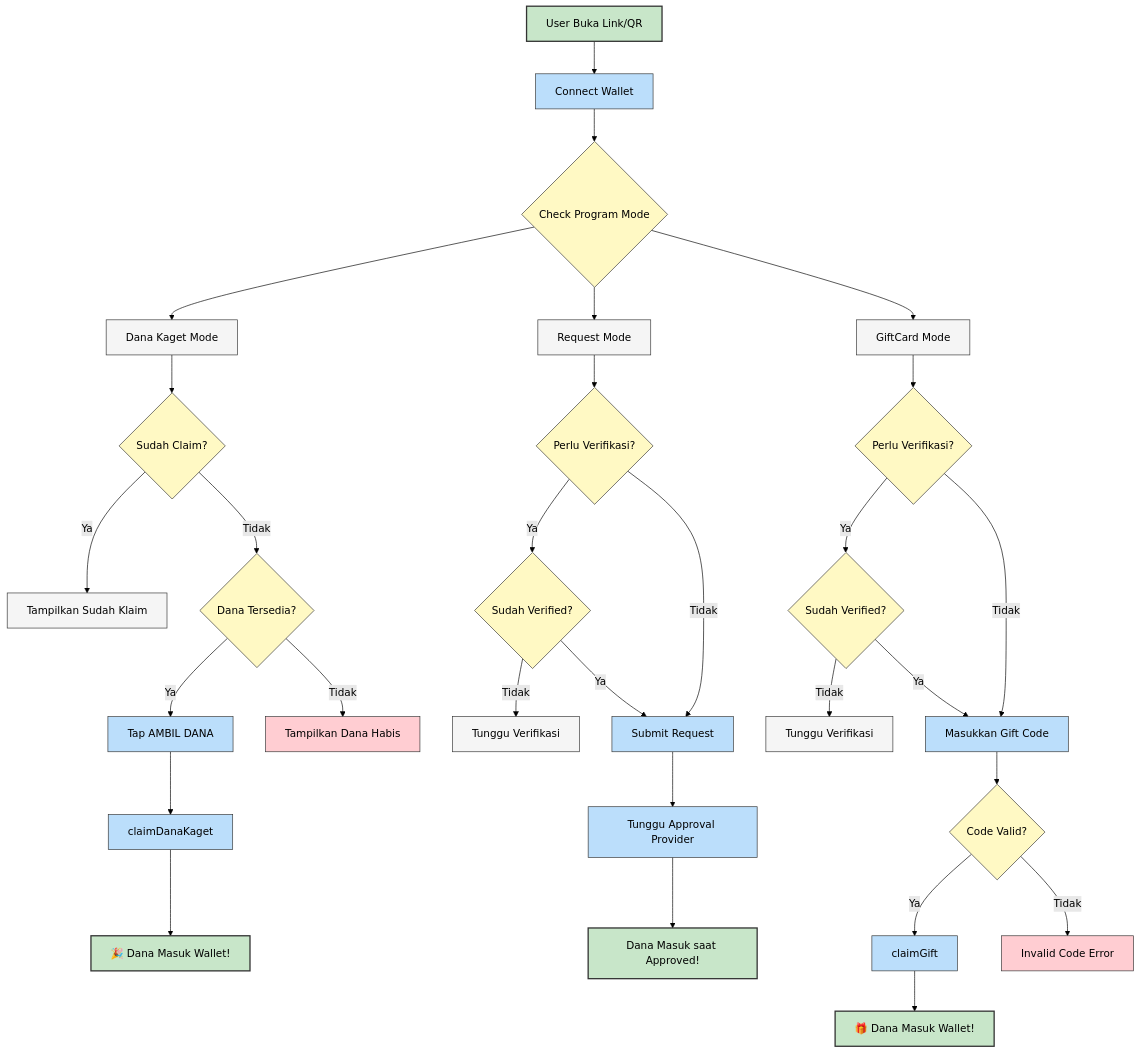
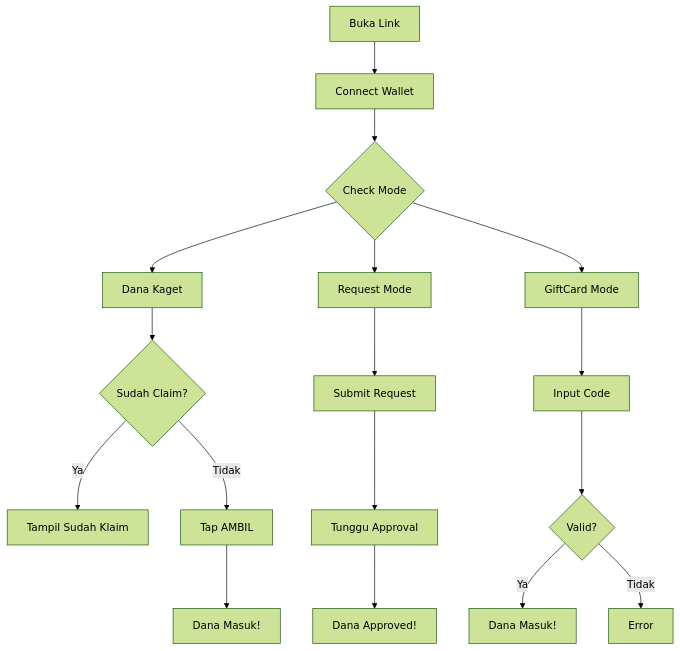
The fifth of 9 diagrams in WALKTHROUGH.md (raflimulyarahman/PocketGrant), drawn with Mermaid (forest theme) before and after one commit. The commit also changed other lines of this file, not shown here.

Commit message:
docs: Simplify mermaid diagrams and entity details in the walkthrough.

````diff
--- a/WALKTHROUGH.md
+++ b/WALKTHROUGH.md
@@ -205,40 +135,19 @@
 ```mermaid
 flowchart TD
-    classDef positive stroke:#333,stroke-width:2px,fill:#c8e6c9,color:#000
-    classDef actionNode stroke:#333,stroke-width:1px,fill:#bbdefb,color:#000
-    classDef decision stroke:#333,stroke-width:1px,fill:#fff9c4,color:#000
-    classDef danger stroke:#333,stroke-width:1px,fill:#ffcdd2,color:#000
-    classDef infoNode stroke:#333,stroke-width:1px,fill:#f5f5f5,color:#000
-
-    A["User Buka Link/QR"]:::positive --> B["Connect Wallet"]:::actionNode
-    B --> C{Check Program Mode}:::decision
-
-    C --> D["Dana Kaget Mode"]:::infoNode
-    D --> D1{Sudah Claim?}:::decision
-    D1 -->|Ya| D2["Tampilkan Sudah Klaim"]:::infoNode
-    D1 -->|Tidak| D3{Dana Tersedia?}:::decision
-    D3 -->|Ya| D4["Tap AMBIL DANA"]:::actionNode
-    D3 -->|Tidak| D5["Tampilkan Dana Habis"]:::danger
-    D4 --> D6["claimDanaKaget"]:::actionNode
-    D6 --> D7["🎉 Dana Masuk Wallet!"]:::positive
-
-    C --> E["Request Mode"]:::infoNode
-    E --> E1{Perlu Verifikasi?}:::decision
-    E1 -->|Ya| E2{Sudah Verified?}:::decision
-    E2 -->|Tidak| E3["Tunggu Verifikasi"]:::infoNode
-    E2 -->|Ya| E4["Submit Request"]:::actionNode
-    E1 -->|Tidak| E4
-    E4 --> E5["Tunggu Approval Provider"]:::actionNode
-    E5 --> E6["Dana Masuk saat Approved!"]:::positive
-
-    C --> F["GiftCard Mode"]:::infoNode
-    F --> F1{Perlu Verifikasi?}:::decision
-    F1 -->|Ya| F2{Sudah Verified?}:::decision
-    F2 -->|Tidak| F3["Tunggu Verifikasi"]:::infoNode
-    F2 -->|Ya| F4["Masukkan Gift Code"]:::actionNode
-    F1 -->|Tidak| F4
-    F4 --> F5{Code Valid?}:::decision
-    F5 -->|Ya| F6["claimGift"]:::actionNode
-    F5 -->|Tidak| F7["Invalid Code Error"]:::danger
-    F6 --> F8["🎁 Dana Masuk Wallet!"]:::positive
+    A[Buka Link] --> B[Connect Wallet]
+    B --> C{Check Mode}
+    C --> D[Dana Kaget]
+    C --> E[Request Mode]
+    C --> F[GiftCard Mode]
+    D --> D1{Sudah Claim?}
+    D1 -->|Ya| D2[Tampil Sudah Klaim]
+    D1 -->|Tidak| D3[Tap AMBIL]
+    D3 --> D4[Dana Masuk!]
+    E --> E1[Submit Request]
+    E1 --> E2[Tunggu Approval]
+    E2 --> E3[Dana Approved!]
+    F --> F1[Input Code]
+    F1 --> F2{Valid?}
+    F2 -->|Ya| F3[Dana Masuk!]
+    F2 -->|Tidak| F4[Error]
 ```
````
